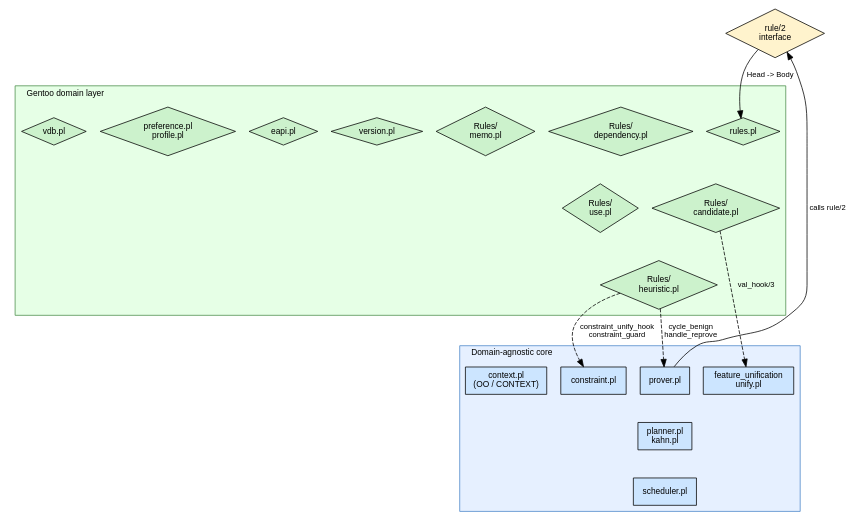
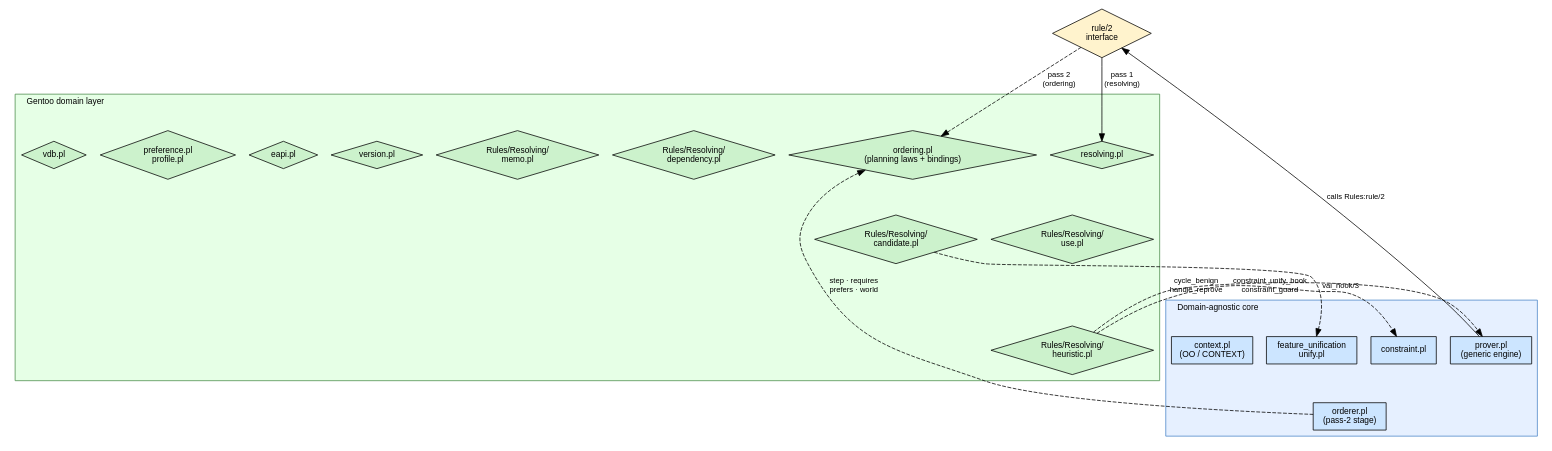
The diagram in Documentation/Handbook/Diagrams/04-layer-separation.dot (pvdabeel/prolog), drawn with Graphviz before and after one commit. The commit also changed 83 other files, not shown here.

```diff
--- a/Documentation/Handbook/Diagrams/04-layer-separation.dot
+++ b/Documentation/Handbook/Diagrams/04-layer-separation.dot
@@ -1,64 +1,66 @@
 // Chapter 4 — Domain-agnostic core vs Gentoo-specific rules
 // Render: dot -Tsvg 04-layer-separation.dot -o 04-layer-separation.svg
 
 digraph layers {
     rankdir=TB;
     fontname="Helvetica";
     fontsize=11;
     node [fontname="Helvetica", fontsize=11, shape=box, style=filled];
     edge [fontname="Helvetica", fontsize=10];
     compound=true;
 
     subgraph cluster_core {
         label="Domain-agnostic core";
         labeljust=l;
         style=filled;
         fillcolor="#e6f0ff";
         color="#4a86c8";
 
-        prover      [label="prover.pl", fillcolor="#cce5ff"];
-        planner     [label="planner.pl\nkahn.pl", fillcolor="#cce5ff"];
-        scheduler   [label="scheduler.pl", fillcolor="#cce5ff"];
+        prover      [label="prover.pl\n(generic engine)", fillcolor="#cce5ff"];
+        orderer     [label="orderer.pl\n(pass-2 stage)", fillcolor="#cce5ff"];
         constraint  [label="constraint.pl", fillcolor="#cce5ff"];
         featunify   [label="feature_unification\nunify.pl", fillcolor="#cce5ff"];
         context     [label="context.pl\n(OO / CONTEXT)", fillcolor="#cce5ff"];
 
-        prover -> planner -> scheduler [style=invis];
+        prover -> orderer [style=invis];
     }
 
     // rule/2 interface
     node [shape=diamond, fillcolor="#fff3cd"];
     rule_iface [label="rule/2\ninterface"];
 
     subgraph cluster_domain {
         label="Gentoo domain layer";
         labeljust=l;
         style=filled;
         fillcolor="#e6ffe6";
         color="#4a8c4a";
 
-        rules       [label="rules.pl", fillcolor="#ccf2cc"];
-        candidate   [label="Rules/\ncandidate.pl", fillcolor="#ccf2cc"];
-        use         [label="Rules/\nuse.pl", fillcolor="#ccf2cc"];
-        heuristic   [label="Rules/\nheuristic.pl", fillcolor="#ccf2cc"];
-        dependency  [label="Rules/\ndependency.pl", fillcolor="#ccf2cc"];
-        memo        [label="Rules/\nmemo.pl", fillcolor="#ccf2cc"];
+        rules       [label="resolving.pl", fillcolor="#ccf2cc"];
+        ordering    [label="ordering.pl\n(planning laws + bindings)", fillcolor="#ccf2cc"];
+        candidate   [label="Rules/Resolving/\ncandidate.pl", fillcolor="#ccf2cc"];
+        use         [label="Rules/Resolving/\nuse.pl", fillcolor="#ccf2cc"];
+        heuristic   [label="Rules/Resolving/\nheuristic.pl", fillcolor="#ccf2cc"];
+        dependency  [label="Rules/Resolving/\ndependency.pl", fillcolor="#ccf2cc"];
+        memo        [label="Rules/Resolving/\nmemo.pl", fillcolor="#ccf2cc"];
         version     [label="version.pl", fillcolor="#ccf2cc"];
         eapi        [label="eapi.pl", fillcolor="#ccf2cc"];
         preference  [label="preference.pl\nprofile.pl", fillcolor="#ccf2cc"];
         vdb         [label="vdb.pl", fillcolor="#ccf2cc"];
 
         rules -> candidate [style=invis];
         rules -> use [style=invis];
         candidate -> heuristic [style=invis];
     }
 
     // Connections through rule/2
-    prover -> rule_iface [label="calls rule/2"];
-    rule_iface -> rules [label="Head -> Body"];
+    prover -> rule_iface [label="calls Rules:rule/2"];
+    rule_iface -> rules [label="pass 1\n(resolving)"];
+    rule_iface -> ordering [label="pass 2\n(ordering)", style=dashed];
+    orderer -> ordering [label="step · requires\nprefers · world", style=dashed];
 
     // Hooks back
     heuristic -> constraint [label="constraint_unify_hook\nconstraint_guard", style=dashed];
     heuristic -> prover [label="cycle_benign\nhandle_reprove", style=dashed];
     candidate -> featunify [label="val_hook/3", style=dashed];
 }
```
